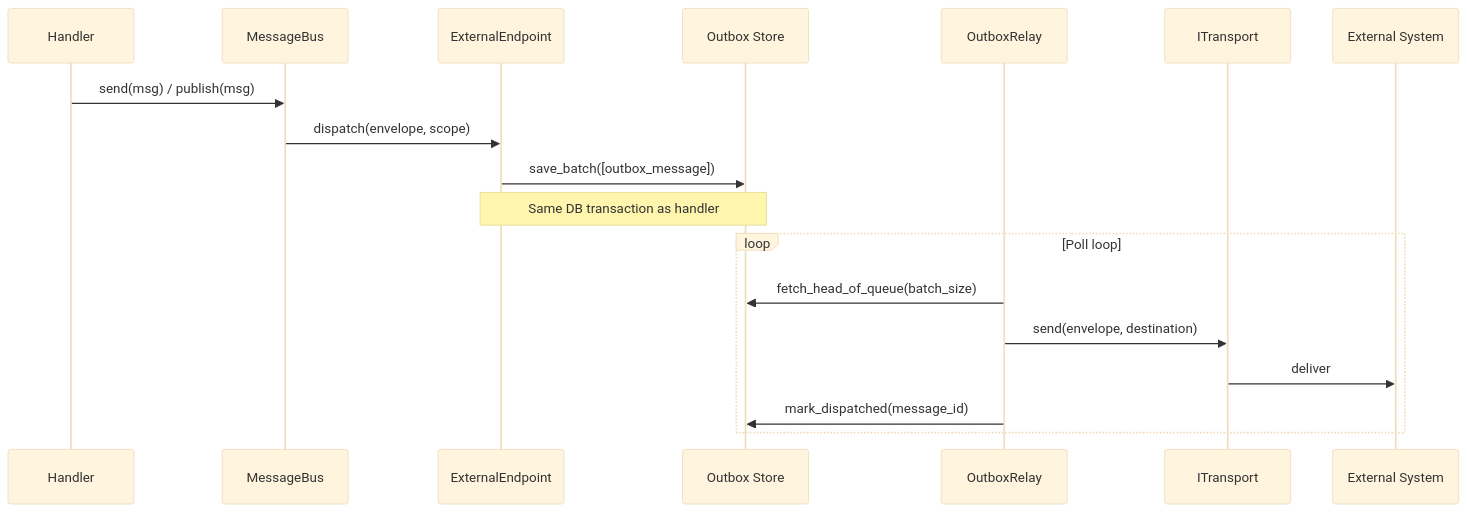
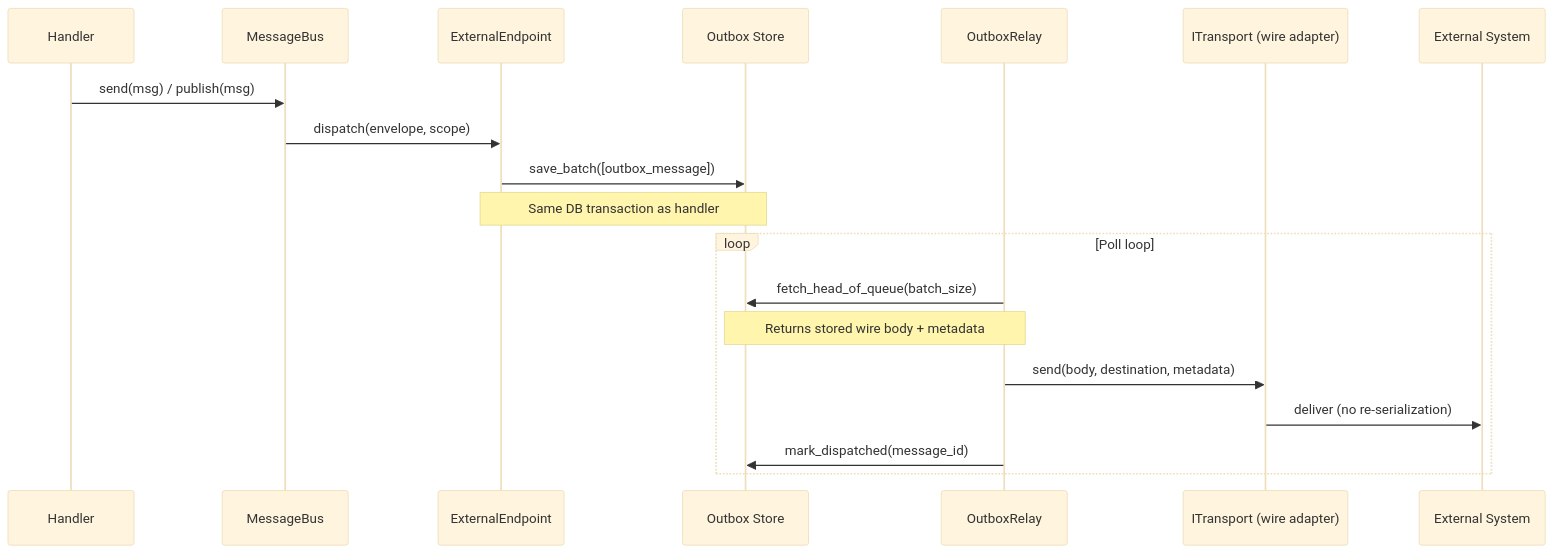
The first of 2 diagrams in docs/features/messaging/outbox.md (waku-py/waku), drawn with Mermaid (base theme) before and after one commit. The commit also changed other lines of this file and 32 other files, not shown here.

````diff
--- a/docs/features/messaging/outbox.md
+++ b/docs/features/messaging/outbox.md
@@ -29,22 +29,23 @@
 ```mermaid
 sequenceDiagram
     participant Handler
     participant Bus as MessageBus
     participant EP as ExternalEndpoint
     participant DB as Outbox Store
     participant Relay as OutboxRelay
-    participant Transport as ITransport
+    participant Transport as ITransport (wire adapter)
     participant Broker as External System
 
     Handler->>Bus: send(msg) / publish(msg)
     Bus->>EP: dispatch(envelope, scope)
     EP->>DB: save_batch([outbox_message])
     Note over EP,DB: Same DB transaction as handler
 
     loop Poll loop
         Relay->>DB: fetch_head_of_queue(batch_size)
-        Relay->>Transport: send(envelope, destination)
-        Transport->>Broker: deliver
+        Note over Relay,DB: Returns stored wire body + metadata
+        Relay->>Transport: send(body, destination, metadata)
+        Transport->>Broker: deliver (no re-serialization)
         Relay->>DB: mark_dispatched(message_id)
     end
 ```
````
